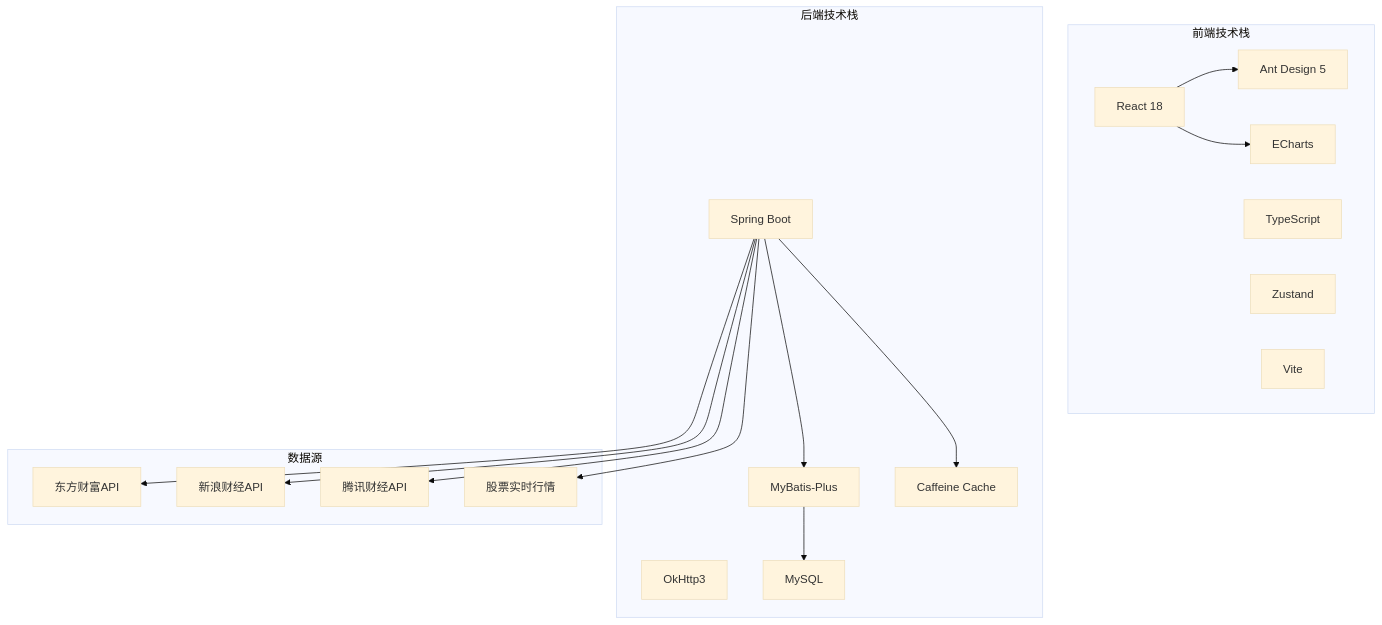
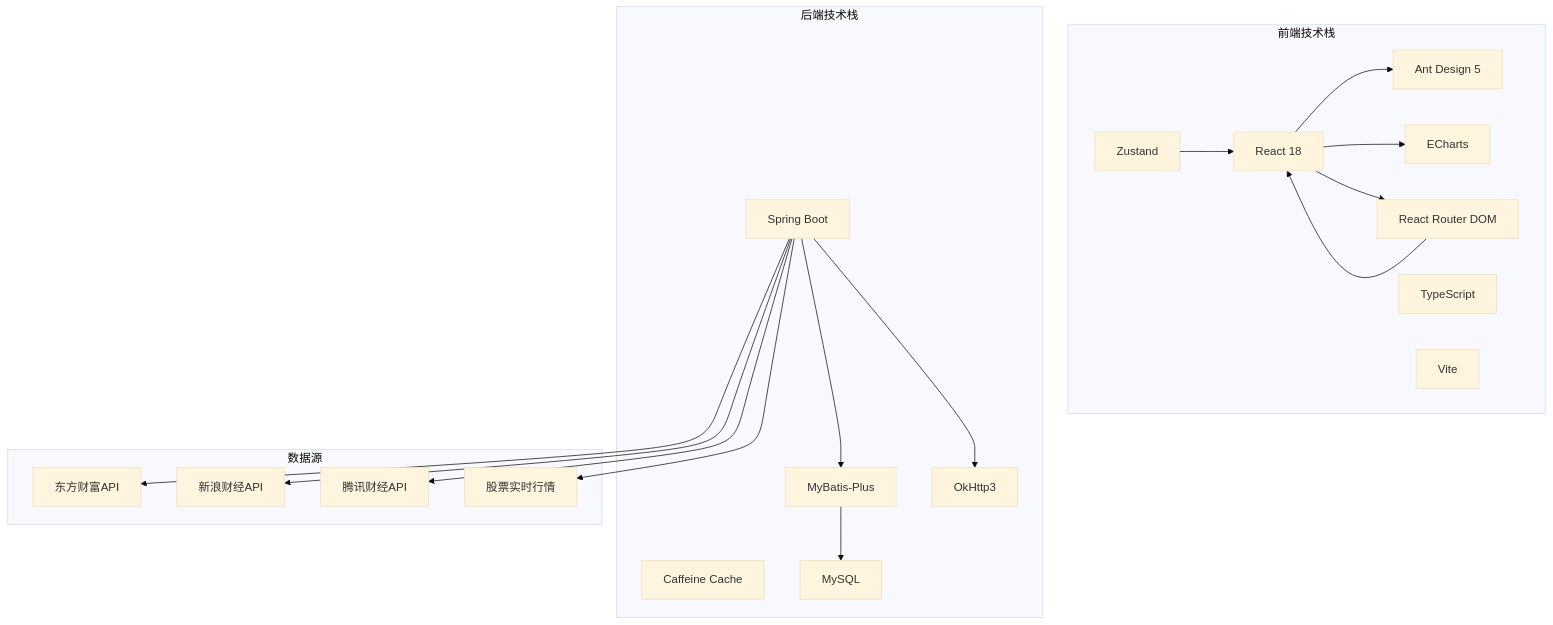
Diagram 11 of 12 in .qoder/repowiki/zh/content/Fund Detail Enhancement.md (gree-coder/fund-butler), drawn with Mermaid (base theme) before and after one commit. The commit also changed other lines of this file and 12 other files, not shown here.

````diff
--- a/.qoder/repowiki/zh/content/Fund Detail Enhancement.md
+++ b/.qoder/repowiki/zh/content/Fund Detail Enhancement.md
@@ -359,33 +501,37 @@
 ```mermaid
 graph TB
 subgraph "前端技术栈"
 A[React 18]
 B[TypeScript]
 C[Ant Design 5]
 D[ECharts]
 E[Zustand]
 F[Vite]
+G[React Router DOM]
 end
 subgraph "后端技术栈"
-G[Spring Boot]
-H[MyBatis-Plus]
-I[OkHttp3]
-J[Caffeine Cache]
-K[MySQL]
+H[Spring Boot]
+I[MyBatis-Plus]
+J[OkHttp3]
+K[Caffeine Cache]
+L[MySQL]
 end
 subgraph "数据源"
-L[东方财富API]
-M[新浪财经API]
-N[腾讯财经API]
-O[股票实时行情]
+M[东方财富API]
+N[新浪财经API]
+O[腾讯财经API]
+P[股票实时行情]
 end
 A --> C
 A --> D
-G --> H
-G --> J
-H --> K
-G --> L
-G --> M
-G --> N
-G --> O
+A --> G
+G --> A
+E --> A
+H --> I
+H --> J
+I --> L
+H --> M
+H --> N
+H --> O
+H --> P
 ```
````
